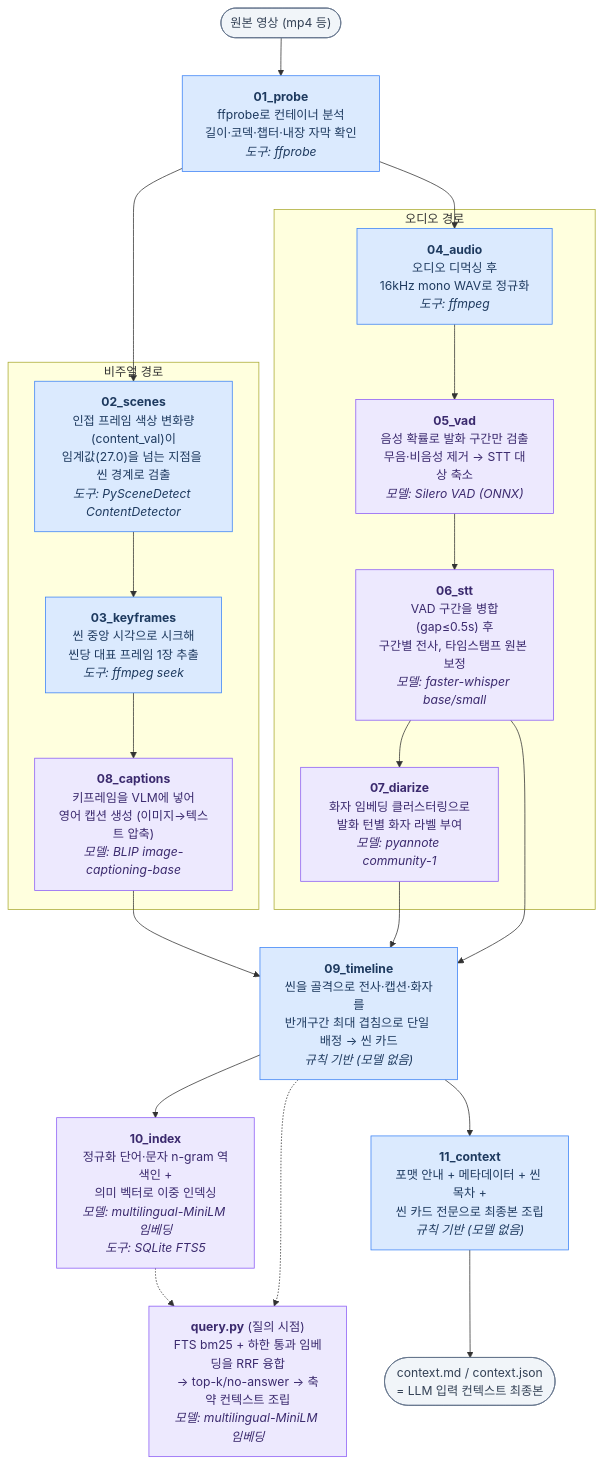
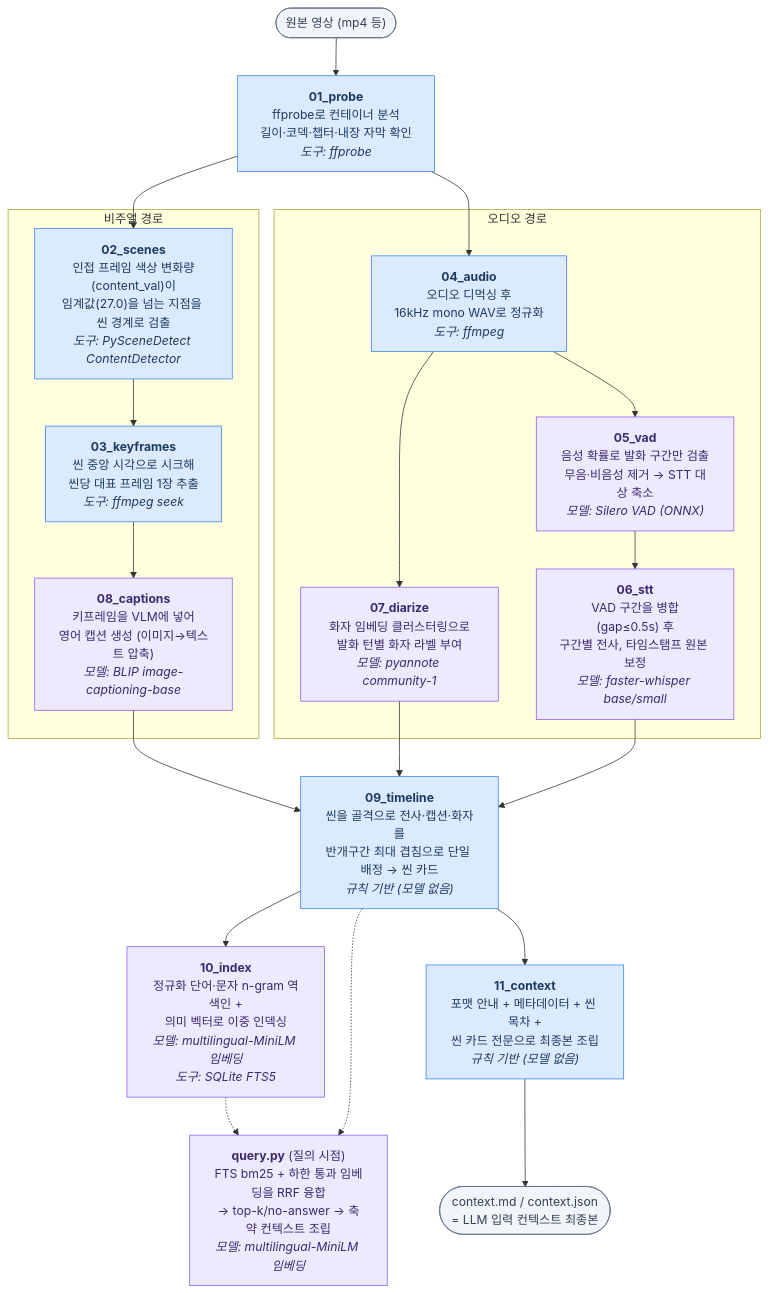
One commit to haesookimDev/video-preprocess changed the diagram in docs/05-pipeline.md. Above: the diagram before and after it, drawn with Mermaid. The commit also changed other lines of this file and 8 other files, not shown here.

````diff
--- a/docs/05-pipeline.md
+++ b/docs/05-pipeline.md
@@ -6,50 +6,51 @@
 ```mermaid
 flowchart TD
     V(["원본 영상 (mp4 등)"]) --> S01
 
     S01["<b>01_probe</b><br/>ffprobe로 컨테이너 분석<br/>길이·코덱·챕터·내장 자막 확인<br/><i>도구: ffprobe</i>"]
 
     S01 --> S02
     S01 --> S04
 
     subgraph VIDEO ["비주얼 경로"]
         S02["<b>02_scenes</b><br/>인접 프레임 색상 변화량(content_val)이<br/>임계값(27.0)을 넘는 지점을 씬 경계로 검출<br/><i>도구: PySceneDetect ContentDetector</i>"]
         S03["<b>03_keyframes</b><br/>씬 중앙 시각으로 시크해<br/>씬당 대표 프레임 1장 추출<br/><i>도구: ffmpeg seek</i>"]
         S08["<b>08_captions</b><br/>키프레임을 VLM에 넣어<br/>영어 캡션 생성 (이미지→텍스트 압축)<br/><i>모델: BLIP image-captioning-base</i>"]
         S02 --> S03 --> S08
     end
 
     subgraph AUDIO ["오디오 경로"]
         S04["<b>04_audio</b><br/>오디오 디먹싱 후<br/>16kHz mono WAV로 정규화<br/><i>도구: ffmpeg</i>"]
         S05["<b>05_vad</b><br/>음성 확률로 발화 구간만 검출<br/>무음·비음성 제거 → STT 대상 축소<br/><i>모델: Silero VAD (ONNX)</i>"]
         S06["<b>06_stt</b><br/>VAD 구간을 병합(gap≤0.5s) 후<br/>구간별 전사, 타임스탬프 원본 보정<br/><i>모델: faster-whisper base/small</i>"]
         S07["<b>07_diarize</b><br/>화자 임베딩 클러스터링으로<br/>발화 턴별 화자 라벨 부여<br/><i>모델: pyannote community-1</i>"]
-        S04 --> S05 --> S06 --> S07
+        S04 --> S05 --> S06
+        S04 --> S07
     end
 
     S08 --> S09
     S07 --> S09
     S06 --> S09
 
     S09["<b>09_timeline</b><br/>씬을 골격으로 전사·캡션·화자를<br/>반개구간 최대 겹침으로 단일 배정 → 씬 카드<br/><i>규칙 기반 (모델 없음)</i>"]
 
     S09 --> S10
     S09 --> S11
 
     S10["<b>10_index</b><br/>정규화 단어·문자 n-gram 역색인 +<br/>의미 벡터로 이중 인덱싱<br/><i>모델: multilingual-MiniLM 임베딩<br/>도구: SQLite FTS5</i>"]
 
     S11["<b>11_context</b><br/>포맷 안내 + 메타데이터 + 씬 목차 +<br/>씬 카드 전문으로 최종본 조립<br/><i>규칙 기반 (모델 없음)</i>"]
 
     S11 --> OUT(["context.md / context.json<br/>= LLM 입력 컨텍스트 최종본"])
 
     S10 -.-> Q
     S09 -.-> Q
     Q["<b>query.py</b> (질의 시점)<br/>FTS bm25 + 하한 통과 임베딩을 RRF 융합<br/>→ top-k/no-answer → 축약 컨텍스트 조립<br/><i>모델: multilingual-MiniLM 임베딩</i>"]
 
     classDef rule fill:#dbeafe,stroke:#3b82f6,color:#1e3a5f
     classDef ml fill:#ede9fe,stroke:#8b5cf6,color:#3b2a6e
     classDef io fill:#f1f5f9,stroke:#64748b,color:#334155
     class S01,S02,S03,S04,S09,S11 rule
     class S05,S06,S07,S08,S10,Q ml
     class V,OUT io
 ```
````
